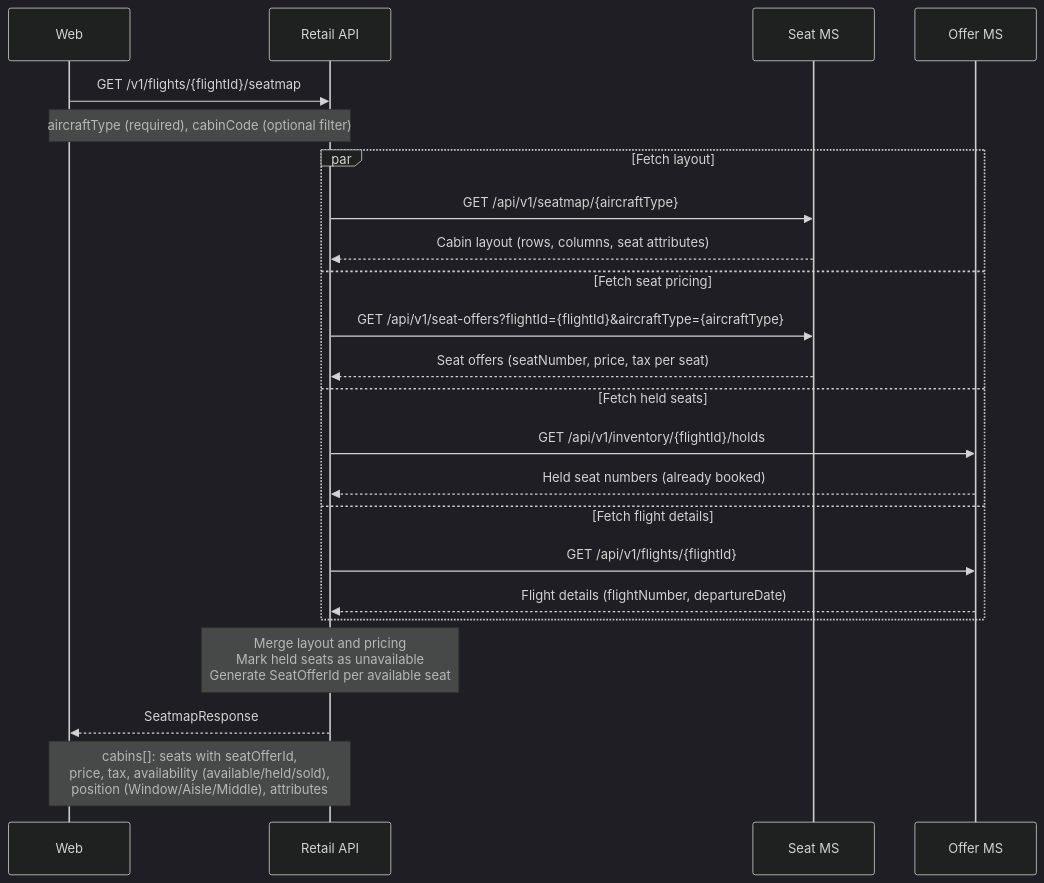
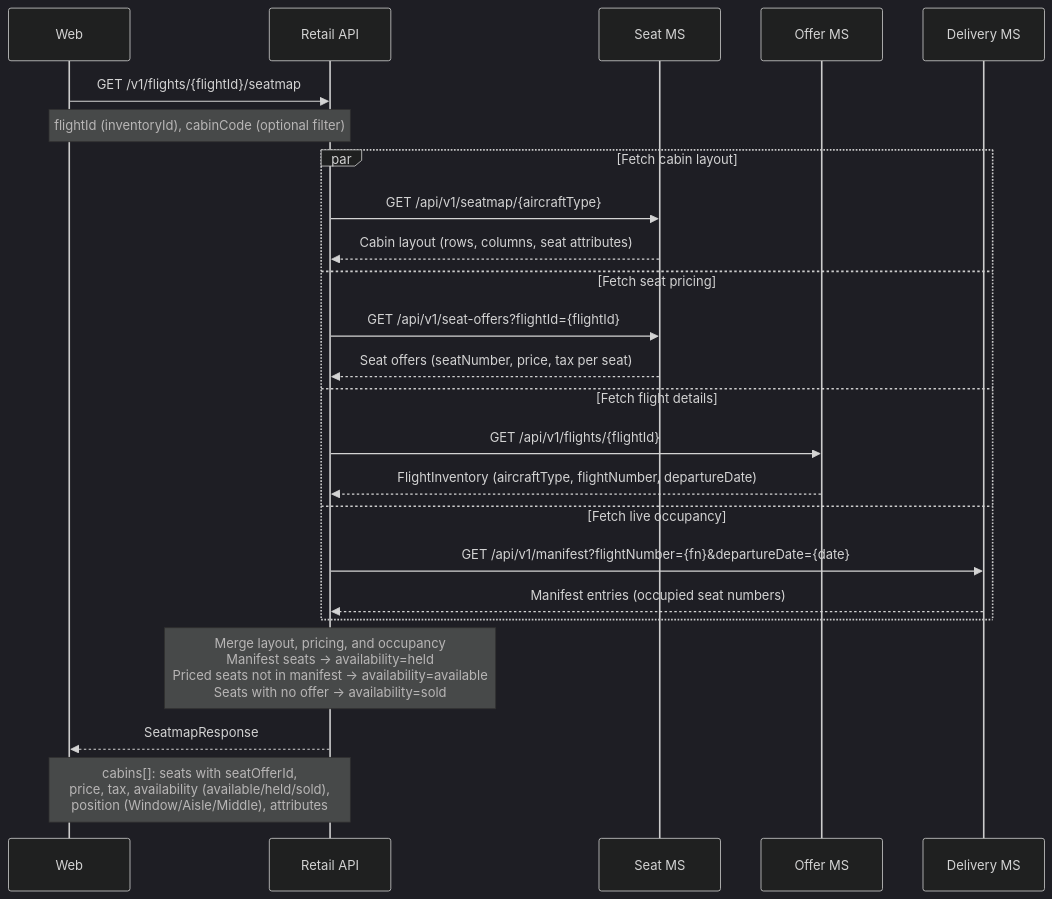
Before and after one commit to sebharvey/airline-reservation-system: the first of 4 diagrams in documentation/sequences/ancillary.md, drawn with Mermaid (dark theme). The commit also changed other lines of this file and 11 other files, not shown here.

````diff
--- a/documentation/sequences/ancillary.md
+++ b/documentation/sequences/ancillary.md
@@ -11,29 +11,30 @@
 ```mermaid
 sequenceDiagram
     participant Web
     participant RetailAPI as Retail API
     participant SeatMS as Seat MS
     participant OfferMS as Offer MS
+    participant DeliveryMS as Delivery MS
 
     Web->>RetailAPI: GET /v1/flights/{flightId}/seatmap
-    Note over Web,RetailAPI: aircraftType (required), cabinCode (optional filter)
+    Note over Web,RetailAPI: flightId (inventoryId), cabinCode (optional filter)
 
-    par Fetch layout
+    par Fetch cabin layout
         RetailAPI->>SeatMS: GET /api/v1/seatmap/{aircraftType}
         SeatMS-->>RetailAPI: Cabin layout (rows, columns, seat attributes)
     and Fetch seat pricing
-        RetailAPI->>SeatMS: GET /api/v1/seat-offers?flightId={flightId}&aircraftType={aircraftType}
+        RetailAPI->>SeatMS: GET /api/v1/seat-offers?flightId={flightId}
         SeatMS-->>RetailAPI: Seat offers (seatNumber, price, tax per seat)
-    and Fetch held seats
-        RetailAPI->>OfferMS: GET /api/v1/inventory/{flightId}/holds
-        OfferMS-->>RetailAPI: Held seat numbers (already booked)
     and Fetch flight details
         RetailAPI->>OfferMS: GET /api/v1/flights/{flightId}
-        OfferMS-->>RetailAPI: Flight details (flightNumber, departureDate)
+        OfferMS-->>RetailAPI: FlightInventory (aircraftType, flightNumber, departureDate)
+    and Fetch live occupancy
+        RetailAPI->>DeliveryMS: GET /api/v1/manifest?flightNumber={fn}&departureDate={date}
+        DeliveryMS-->>RetailAPI: Manifest entries (occupied seat numbers)
     end
 
-    Note over RetailAPI: Merge layout and pricing<br/>Mark held seats as unavailable<br/>Generate SeatOfferId per available seat
+    Note over RetailAPI: Merge layout, pricing, and occupancy<br/>Manifest seats → availability=held<br/>Priced seats not in manifest → availability=available<br/>Seats with no offer → availability=sold
 
     RetailAPI-->>Web: SeatmapResponse
     Note over RetailAPI,Web: cabins[]: seats with seatOfferId,<br/>price, tax, availability (available/held/sold),<br/>position (Window/Aisle/Middle), attributes
 ```
````
